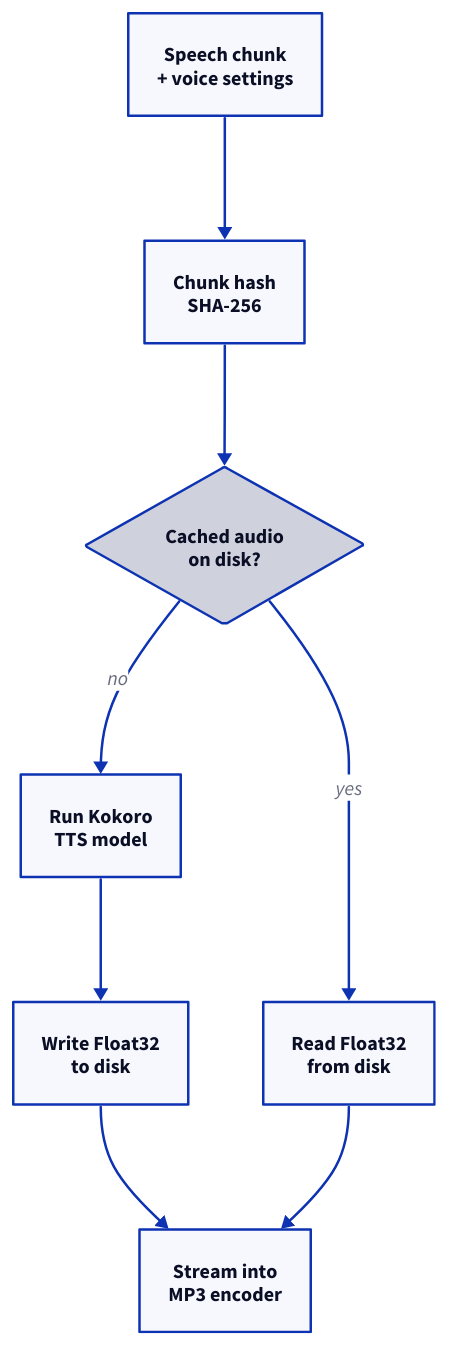
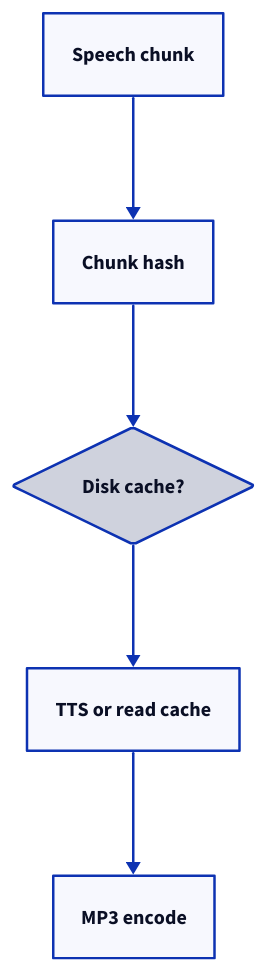
The fourth of 7 diagrams in src/content/blog/blog-audio-player.md (g-savitha/gsavitha.in), drawn with D2 before and after one commit. The commit also changed other lines of this file and 11 other files, not shown here.

````diff
--- a/src/content/blog/blog-audio-player.md
+++ b/src/content/blog/blog-audio-player.md
@@ -286,15 +257,9 @@
 ```d2
 direction: down
-CHUNK: "Speech chunk\n+ voice settings" {class: content}
-CHASH: "Chunk hash\nSHA-256" {class: royal}
-HIT: "Cached audio\non disk?" {shape: diamond; class: amber}
-READ: "Read Float32\nfrom disk" {class: emerald}
-TTS: "Run Kokoro\nTTS model" {class: violet}
-WRITE: "Write Float32\nto disk" {class: teal}
-ENCODE: "Stream into\nMP3 encoder" {class: royal}
-CHUNK -> CHASH -> HIT
-HIT -> READ: yes
-HIT -> TTS: no
-TTS -> WRITE -> ENCODE
-READ -> ENCODE
+CHUNK: "Speech chunk" {class: content}
+CHASH: "Chunk hash" {class: royal}
+HIT: "Disk cache?" {shape: diamond; class: amber}
+TTS: "TTS or read cache" {class: violet}
+ENCODE: "MP3 encode" {class: royal}
+CHUNK -> CHASH -> HIT -> TTS -> ENCODE
 ```
````
